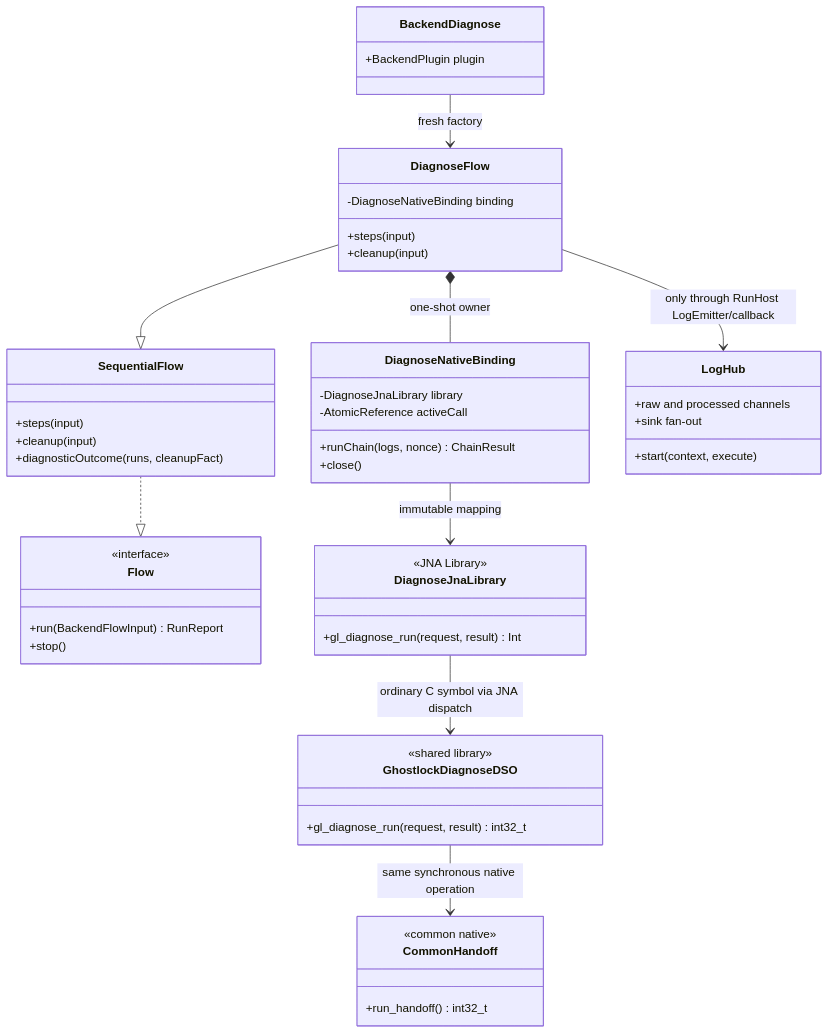
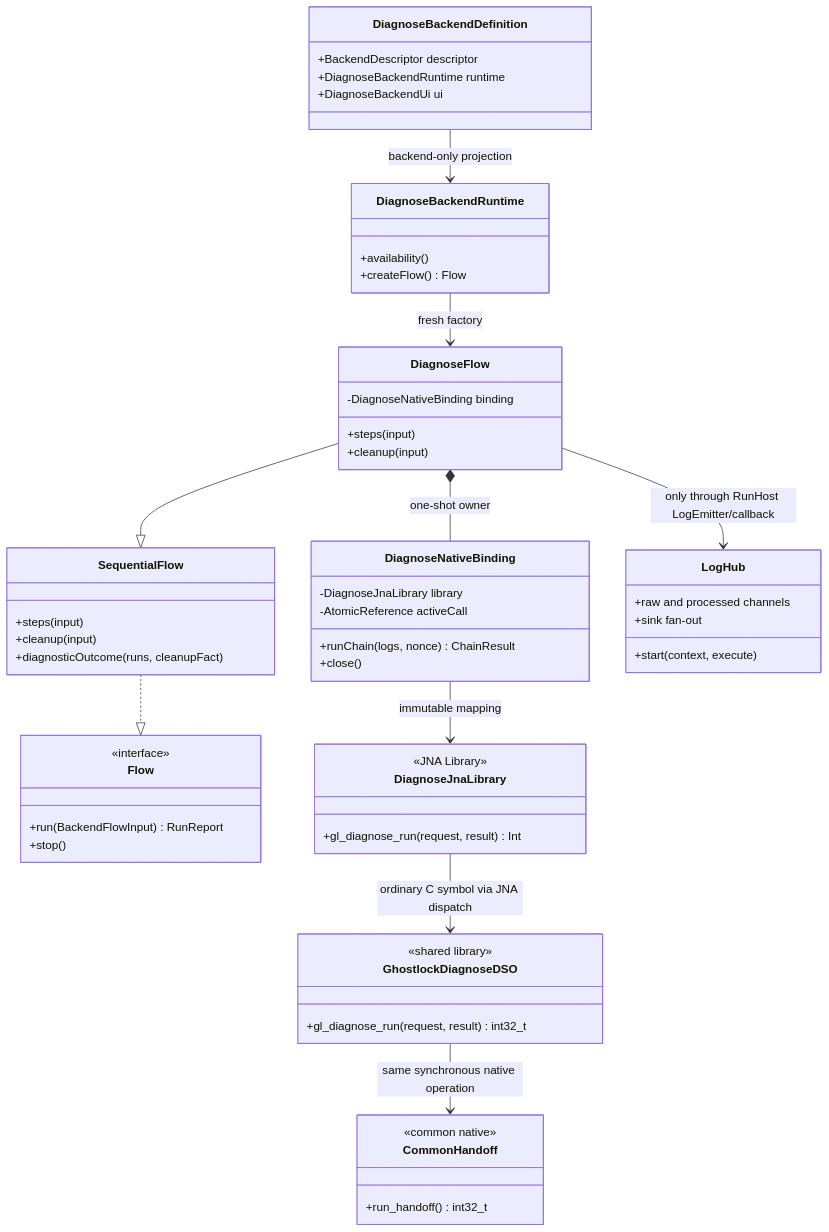
One commit to YuKongA/ghostlock-app changed diagram 56 of 59 in docs/development/full-process-uml.md. Above: the diagram before and after it, drawn with Mermaid. The commit also changed other lines of this file and 276 other files, not shown here.

Commit message:
refactor(app): unify backend runtime and run infrastructure

```diff
--- a/docs/development/full-process-uml.md
+++ b/docs/development/full-process-uml.md
@@ -1903,53 +2097,60 @@
 ~~~mermaid
 classDiagram
-  class BackendDiagnose {
-    +BackendPlugin plugin
+  class DiagnoseBackendDefinition {
+    +BackendDescriptor descriptor
+    +DiagnoseBackendRuntime runtime
+    +DiagnoseBackendUi ui
+  }
+  class DiagnoseBackendRuntime {
+    +availability()
+    +createFlow() Flow
   }
   class Flow {
     <<interface>>
     +run(BackendFlowInput) RunReport
     +stop()
   }
   class SequentialFlow {
     +steps(input)
     +cleanup(input)
     +diagnosticOutcome(runs, cleanupFact)
   }
   class DiagnoseFlow {
     -DiagnoseNativeBinding binding
     +steps(input)
     +cleanup(input)
   }
   class DiagnoseNativeBinding {
     -DiagnoseJnaLibrary library
     -AtomicReference activeCall
     +runChain(logs, nonce) ChainResult
     +close()
   }
   class DiagnoseJnaLibrary {
     <<JNA Library>>
     +gl_diagnose_run(request, result) Int
   }
   class GhostlockDiagnoseDSO {
     <<shared library>>
     +gl_diagnose_run(request, result) int32_t
   }
   class CommonHandoff {
     <<common native>>
     +run_handoff() int32_t
   }
   class LogHub {
     +start(context, execute)
     +raw and processed channels
     +sink fan-out
   }
 
-  BackendDiagnose --> DiagnoseFlow : fresh factory
+  DiagnoseBackendDefinition --> DiagnoseBackendRuntime : backend-only projection
+  DiagnoseBackendRuntime --> DiagnoseFlow : fresh factory
   DiagnoseFlow --|> SequentialFlow
   SequentialFlow ..|> Flow
   DiagnoseFlow *-- DiagnoseNativeBinding : one-shot owner
   DiagnoseNativeBinding --> DiagnoseJnaLibrary : immutable mapping
   DiagnoseJnaLibrary --> GhostlockDiagnoseDSO : ordinary C symbol via JNA dispatch
   GhostlockDiagnoseDSO --> CommonHandoff : same synchronous native operation
   DiagnoseFlow --> LogHub : only through RunHost LogEmitter/callback
 ~~~
```
